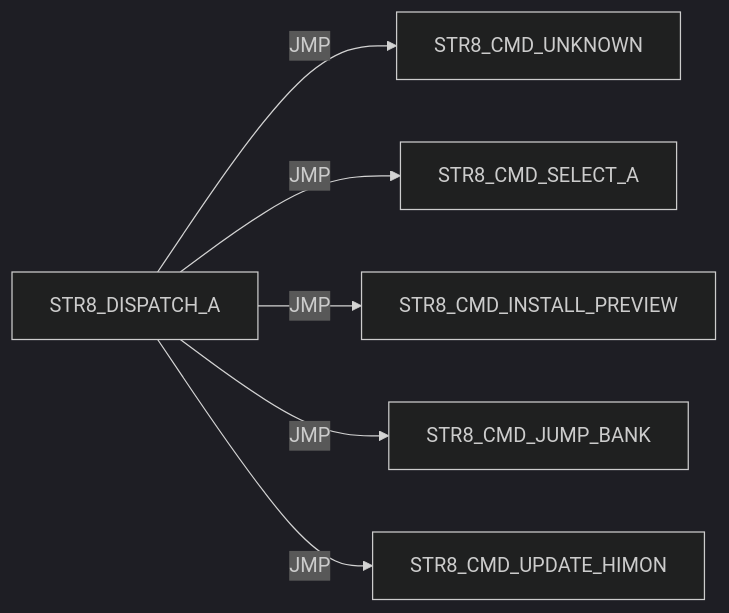
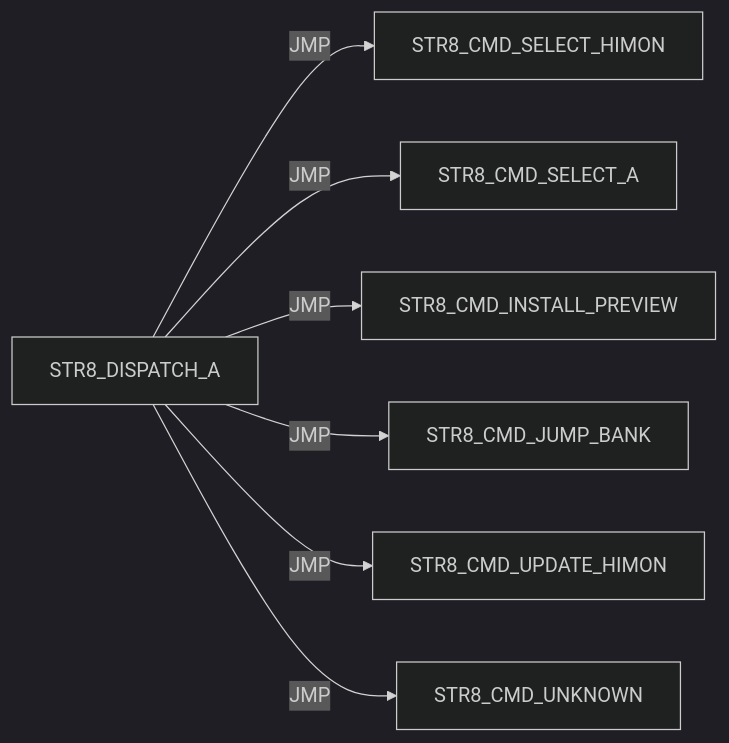
Before and after one commit to 95westus/R-YORS: diagram 12 of 42 in DOC/GUIDES/STR8/STR8_EDGE_DUMP.md, drawn with Mermaid (dark theme). The commit also changed other lines of this file and 28 other files, not shown here.

Commit message:
STR8: disambiguate local HIMON entry

````diff
--- a/DOC/GUIDES/STR8/STR8_EDGE_DUMP.md
+++ b/DOC/GUIDES/STR8/STR8_EDGE_DUMP.md
@@ -169,8 +169,9 @@
 ```mermaid
 flowchart LR
-    N0["STR8_DISPATCH_A"] -->|JMP| N1["STR8_CMD_UNKNOWN"]
+    N0["STR8_DISPATCH_A"] -->|JMP| N1["STR8_CMD_SELECT_HIMON"]
     N0["STR8_DISPATCH_A"] -->|JMP| N2["STR8_CMD_SELECT_A"]
     N0["STR8_DISPATCH_A"] -->|JMP| N3["STR8_CMD_INSTALL_PREVIEW"]
     N0["STR8_DISPATCH_A"] -->|JMP| N4["STR8_CMD_JUMP_BANK"]
     N0["STR8_DISPATCH_A"] -->|JMP| N5["STR8_CMD_UPDATE_HIMON"]
+    N0["STR8_DISPATCH_A"] -->|JMP| N6["STR8_CMD_UNKNOWN"]
 ```
````
